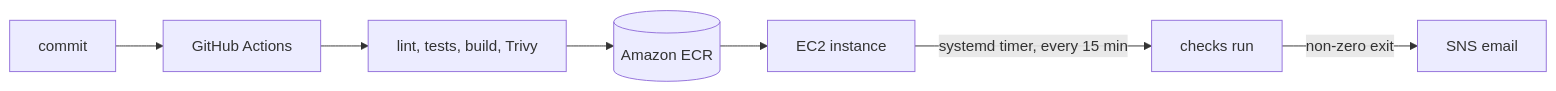
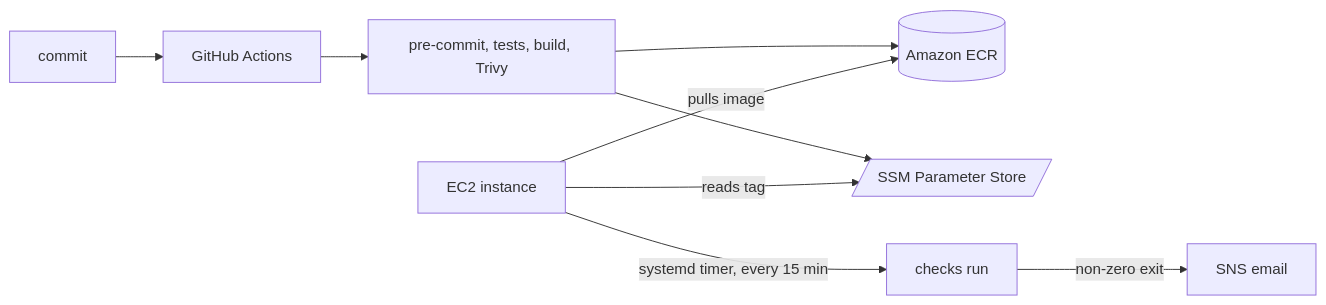
Before and after one commit to rsmith949/service-watch: the diagram in README.md, drawn with Mermaid. The commit also changed other lines of this file, not shown here.

````diff
--- a/README.md
+++ b/README.md
@@ -34,9 +33,11 @@
 ```mermaid
 flowchart LR
     A[commit] --> B[GitHub Actions]
-    B --> C[lint, tests, build, Trivy]
+    B --> C[pre-commit, tests, build, Trivy]
     C --> D[(Amazon ECR)]
-    D --> E[EC2 instance]
-    E -->|systemd timer, every 15 min| F[checks run]
-    F -->|non-zero exit| G[SNS email]
+    C --> E[/SSM Parameter Store/]
+    F[EC2 instance] -->|reads tag| E
+    F -->|pulls image| D
+    F -->|systemd timer, every 15 min| G[checks run]
+    G -->|non-zero exit| H[SNS email]
 ```
````
